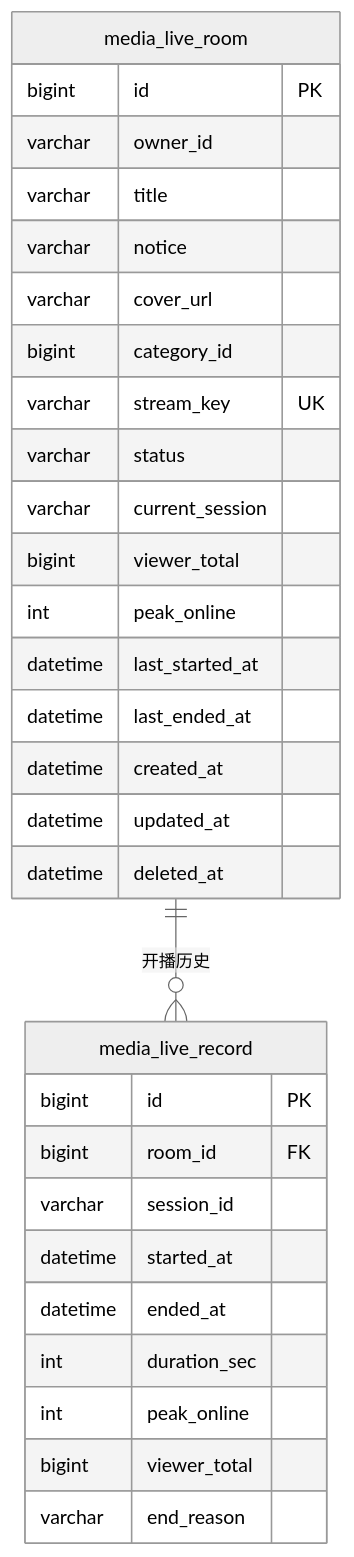
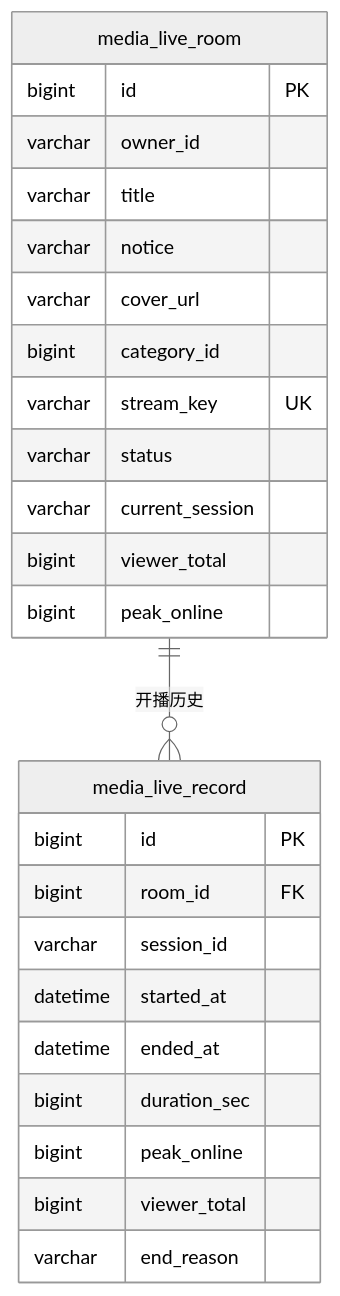
One commit to YunfeiSHU/media-community changed the first of 3 diagrams in live-service-go/docs/设计文档.md. Above: the diagram before and after it, drawn with Mermaid (neutral theme). The commit also changed other lines of this file and 3 other files, not shown here.

````diff
--- a/live-service-go/docs/设计文档.md
+++ b/live-service-go/docs/设计文档.md
@@ -84,34 +50,28 @@
 ```mermaid
 erDiagram
     media_live_room ||--o{ media_live_record : "开播历史"
-
     media_live_room {
         bigint id PK
         varchar owner_id
         varchar title
         varchar notice
         varchar cover_url
         bigint category_id
         varchar stream_key UK
         varchar status
         varchar current_session
         bigint viewer_total
-        int peak_online
-        datetime last_started_at
-        datetime last_ended_at
-        datetime created_at
-        datetime updated_at
-        datetime deleted_at
+        bigint peak_online
     }
     media_live_record {
         bigint id PK
         bigint room_id FK
         varchar session_id
         datetime started_at
         datetime ended_at
-        int duration_sec
-        int peak_online
+        bigint duration_sec
+        bigint peak_online
         bigint viewer_total
         varchar end_reason
     }
 ```
````
